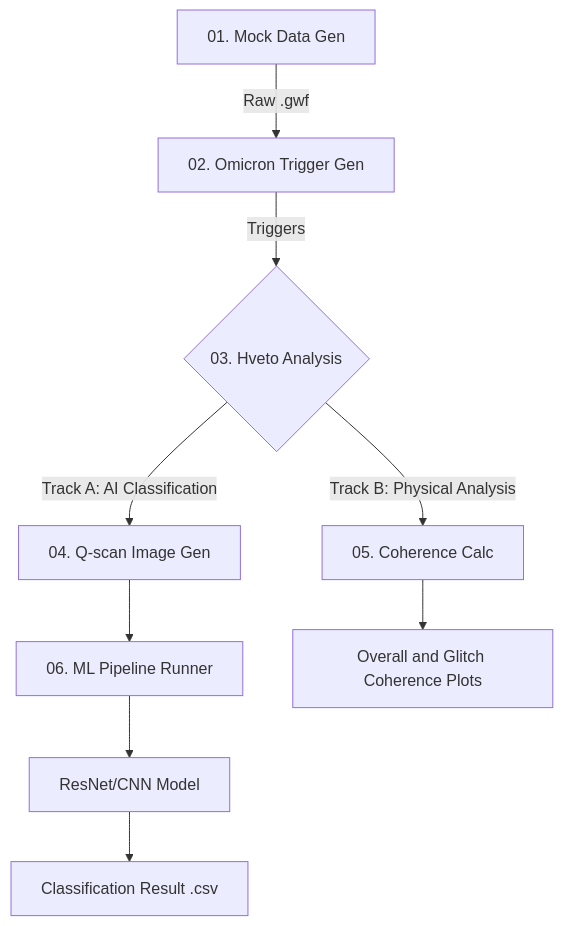
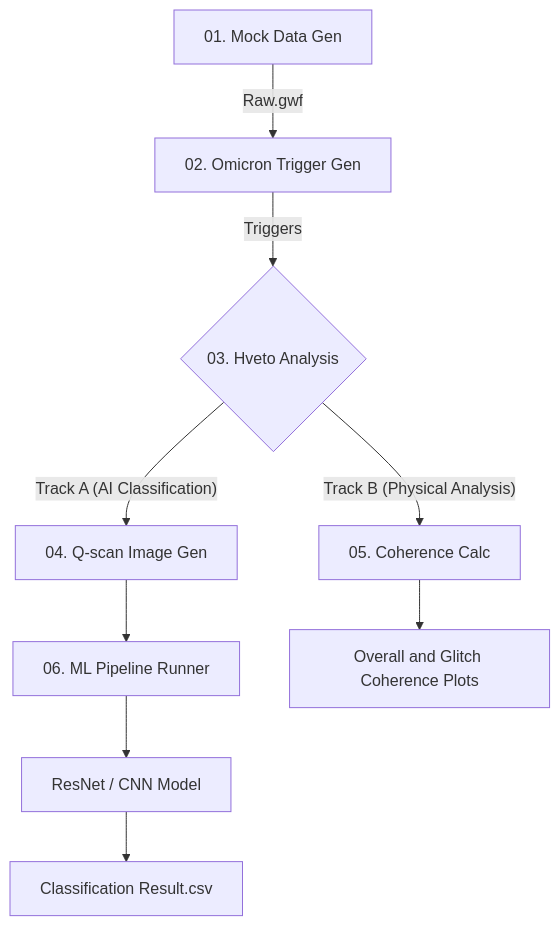
Before and after one commit to kihyun-jung/KAGRA_UNIST_Detchar_pipeline: the diagram in README.md, drawn with Mermaid.

````diff
--- a/README.md
+++ b/README.md
@@ -26,13 +26,11 @@
 ```mermaid
 flowchart TD
-    A["01. Mock Data Gen"] -->|Raw .gwf| B["02. Omicron Trigger Gen"]
-    B -->|Triggers| C{"03. Hveto Analysis"}
-
-    C -->|Track A: AI Classification| D["04. Q-scan Image Gen"]
+    A["01. Mock Data Gen"] -- Raw.gwf --> B["02. Omicron Trigger Gen"]
+    B -- Triggers --> C{"03. Hveto Analysis"}
+    C -- Track A (AI Classification) --> D["04. Q-scan Image Gen"]
     D --> E["06. ML Pipeline Runner"]
-    E --> F["ResNet/CNN Model"]
-    F --> G["Classification Result .csv"]
-
-    C -->|Track B: Physical Analysis| H["05. Coherence Calc"]
+    E --> F["ResNet / CNN Model"]
+    F --> G["Classification Result.csv"]
+    C -- Track B (Physical Analysis) --> H["05. Coherence Calc"]
     H --> I["Overall and Glitch Coherence Plots"]
 ```
````
